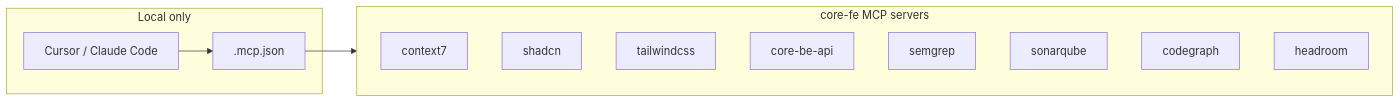
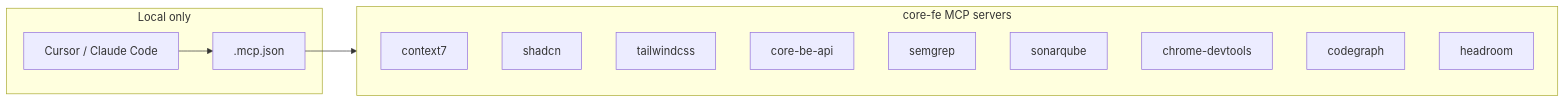
Before and after one commit to nikunjmavani/core-fe: the diagram in agent-os/docs/cursor-mcp-setup.md, drawn with Mermaid. The commit also changed other lines of this file and 8 other files, not shown here.

First line of the commit message:
feat(mcp): add chrome-devtools MCP server via Playwright-Chromium launcher (#112)

````diff
--- a/agent-os/docs/cursor-mcp-setup.md
+++ b/agent-os/docs/cursor-mcp-setup.md
@@ -7,19 +7,20 @@
 ```mermaid
 flowchart LR
   subgraph local["Local only"]
     C[Cursor / Claude Code]
     M[.mcp.json]
   end
   subgraph mcps["core-fe MCP servers"]
     C7[context7]
     S[shadcn]
     T[tailwindcss]
     BE[core-be-api]
     SG[semgrep]
     SQ[sonarqube]
+    CD[chrome-devtools]
     CG[codegraph]
     HR[headroom]
   end
   C --> M
   M --> mcps
 ```
````
